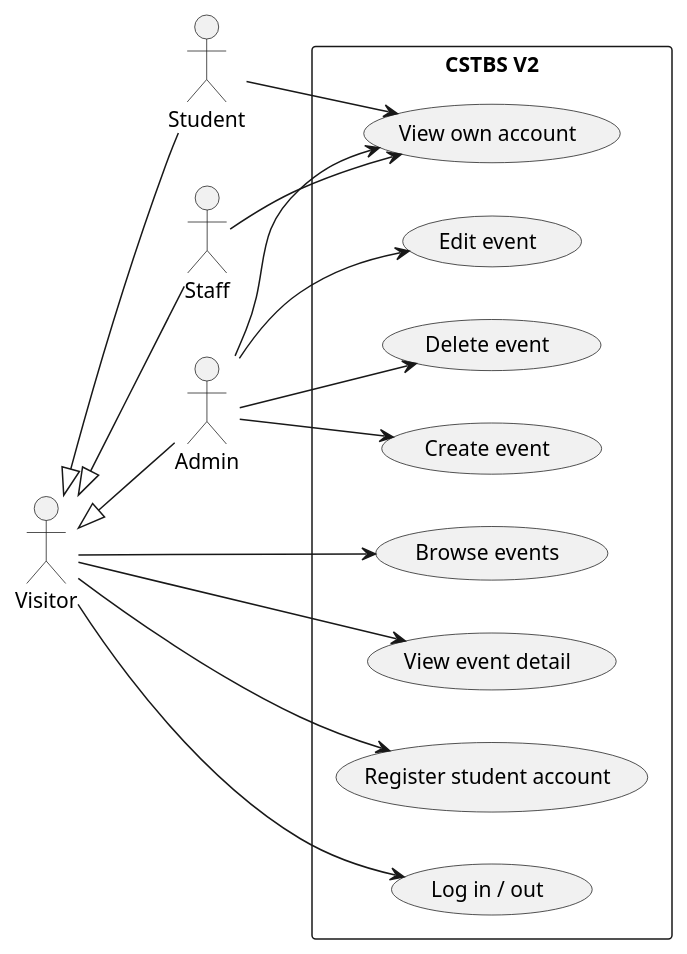
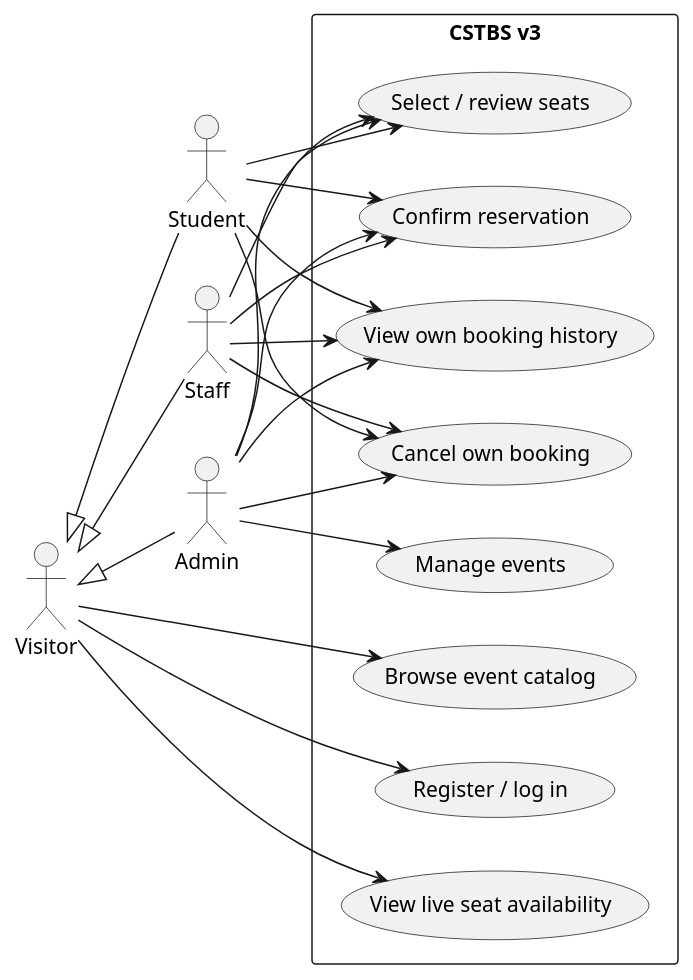
One commit to ItsMONIKAAKTER/CSTBS changed the first of 5 diagrams in docs/uml.md. Above: the diagram before and after it, drawn with PlantUML. The commit also changed other lines of this file and 24 other files, not shown here.

````diff
--- a/docs/uml.md
+++ b/docs/uml.md
@@ -7,32 +7,38 @@
 ```plantuml
 @startuml
 left to right direction
 actor Visitor
 actor Student
 actor Staff
 actor Admin
 Visitor <|-- Student
 Visitor <|-- Staff
 Visitor <|-- Admin
-rectangle "CSTBS V2" {
-  usecase "Browse events" as Browse
-  usecase "View event detail" as Detail
-  usecase "Register student account" as Register
-  usecase "Log in / out" as Auth
-  usecase "View own account" as Account
-  usecase "Create event" as Create
-  usecase "Edit event" as Edit
-  usecase "Delete event" as Delete
+rectangle "CSTBS v3" {
+  usecase "Browse event catalog" as Browse
+  usecase "Register / log in" as Auth
+  usecase "View live seat availability" as Availability
+  usecase "Select / review seats" as Review
+  usecase "Confirm reservation" as Confirm
+  usecase "View own booking history" as History
+  usecase "Cancel own booking" as Cancel
+  usecase "Manage events" as Manage
 }
 Visitor --> Browse
-Visitor --> Detail
-Visitor --> Register
 Visitor --> Auth
-Student --> Account
-Staff --> Account
-Admin --> Account
-Admin --> Create
-Admin --> Edit
-Admin --> Delete
+Visitor --> Availability
+Student --> Review
+Student --> Confirm
+Student --> History
+Student --> Cancel
+Staff --> Review
+Staff --> Confirm
+Staff --> History
+Staff --> Cancel
+Admin --> Review
+Admin --> Confirm
+Admin --> History
+Admin --> Cancel
+Admin --> Manage
 @enduml
 ```
````
